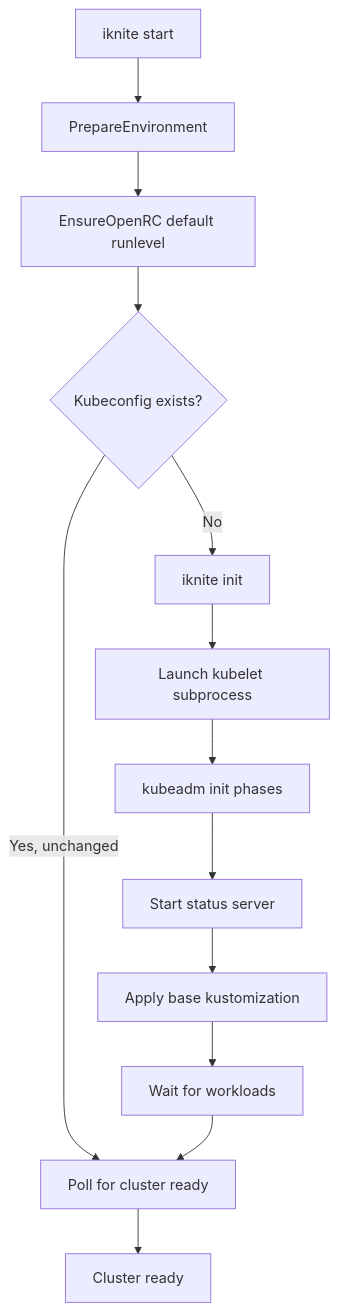
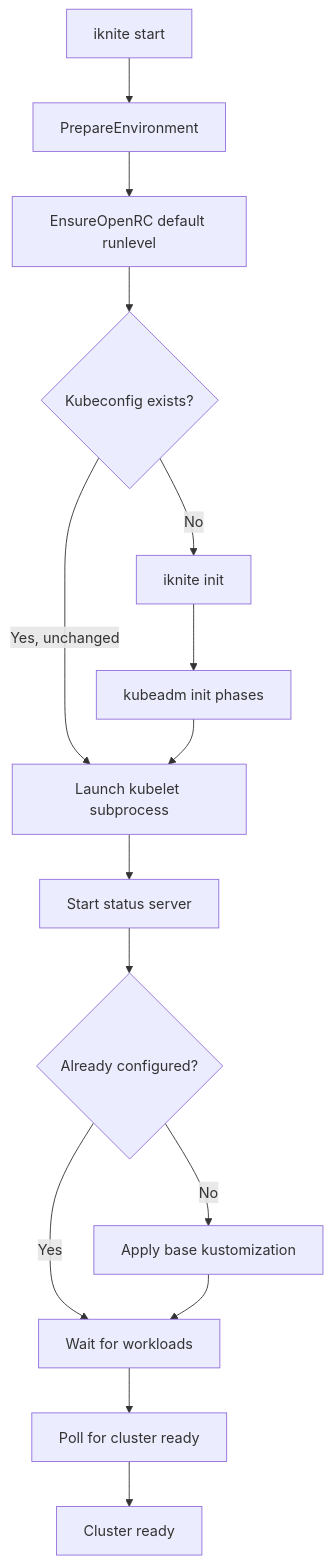
The diagram in docs/docs/architecture.md (kaweezle/iknite), drawn with Mermaid before and after one commit. The commit also changed other lines of this file and 14 other files, not shown here.

````diff
--- a/docs/docs/architecture.md
+++ b/docs/docs/architecture.md
@@ -13,15 +15,17 @@
 ```mermaid
 graph TD
     A[iknite start] --> B[PrepareEnvironment]
     B --> C[EnsureOpenRC default runlevel]
     C --> D{Kubeconfig exists?}
     D -- No --> E[iknite init]
-    D -- Yes, unchanged --> F[Poll for cluster ready]
-    E --> H[Launch kubelet subprocess]
-    H --> G[kubeadm init phases]
-    G --> I[Start status server]
-    I --> J[Apply base kustomization]
+    D -- Yes, unchanged --> H[Launch kubelet subprocess]
+    E --> G[kubeadm init phases]
+    G --> H
+    H --> I[Start status server]
+    I --> M{Already configured?}
+    M -- No --> J[Apply base kustomization]
+    M -- Yes --> K
     J --> K[Wait for workloads]
-    K --> F
+    K --> F[Poll for cluster ready]
     F --> L[Cluster ready]
 ```
````
